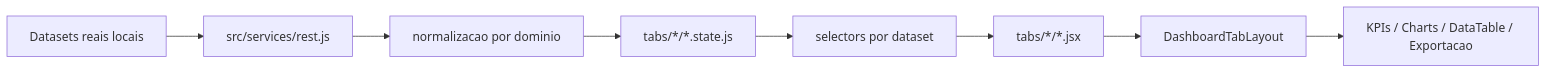
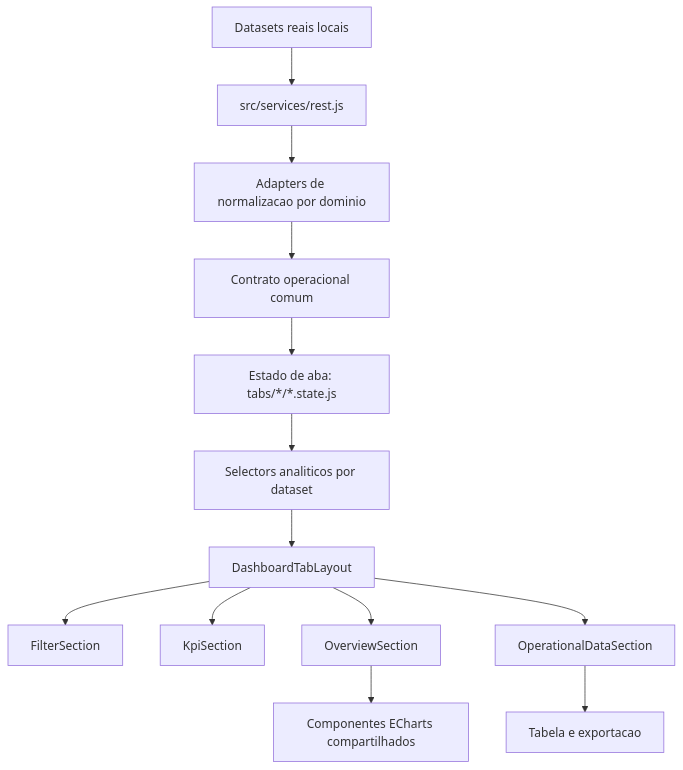
Before and after one commit to andrepimentelsantos01/dashboard-ia-bi-demo: the first of 2 diagrams in README.md, drawn with Mermaid. The commit also changed other lines of this file and 50 other files, not shown here.

````diff
--- a/README.md
+++ b/README.md
@@ -46,10 +31,15 @@
 ```mermaid
-flowchart LR
+flowchart TD
     A["Datasets reais locais"] --> B["src/services/rest.js"]
-    B --> C["normalizacao por dominio"]
-    C --> D["tabs/*/*.state.js"]
-    D --> E["selectors por dataset"]
-    E --> F["tabs/*/*.jsx"]
+    B --> C["Adapters de normalizacao por dominio"]
+    C --> D["Contrato operacional comum"]
+    D --> E["Estado de aba: tabs/*/*.state.js"]
+    E --> F["Selectors analiticos por dataset"]
     F --> G["DashboardTabLayout"]
-    G --> H["KPIs / Charts / DataTable / Exportacao"]
+    G --> H["FilterSection"]
+    G --> I["KpiSection"]
+    G --> J["OverviewSection"]
+    G --> K["OperationalDataSection"]
+    J --> L["Componentes ECharts compartilhados"]
+    K --> M["Tabela e exportacao"]
 ```
````
